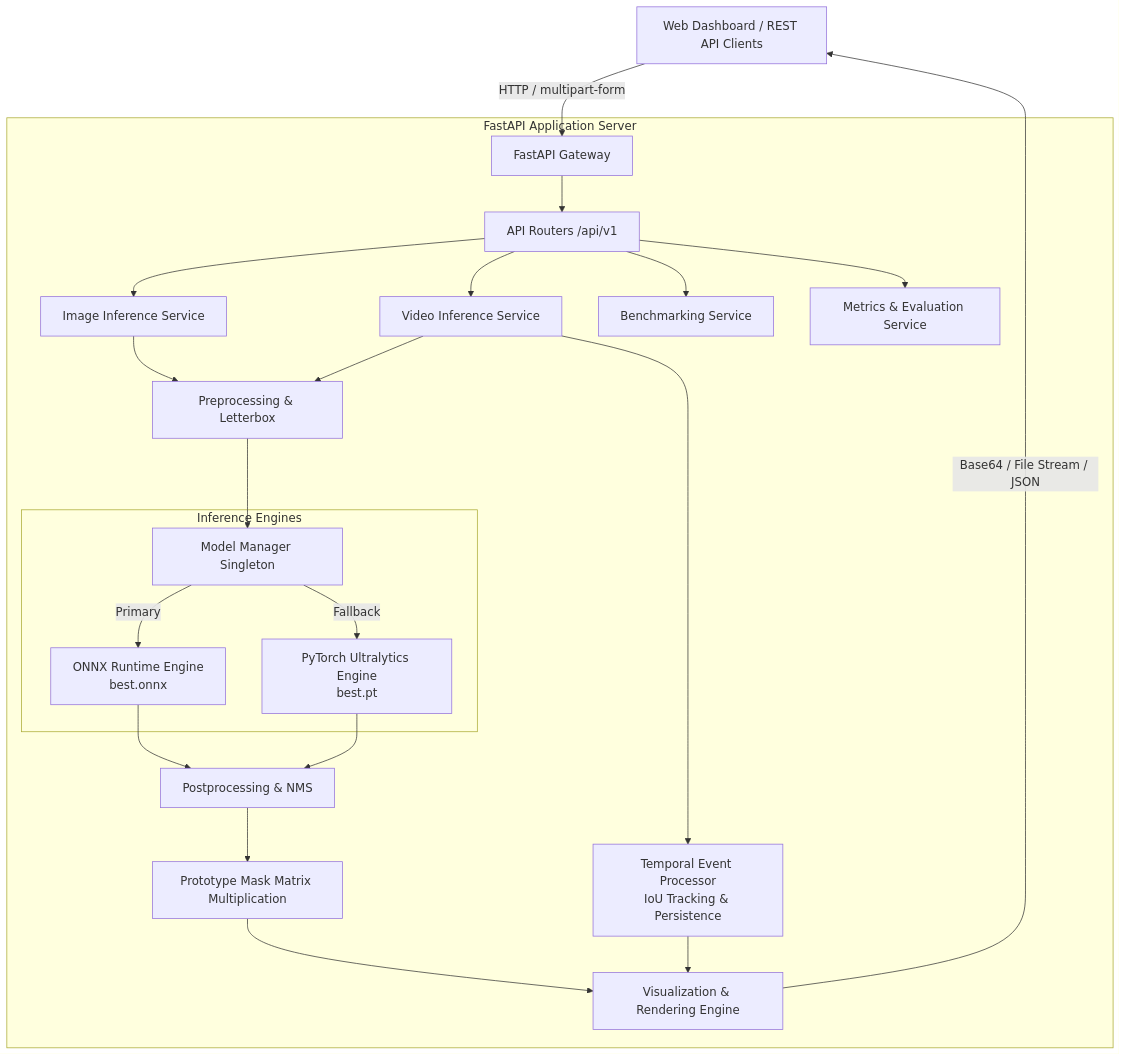
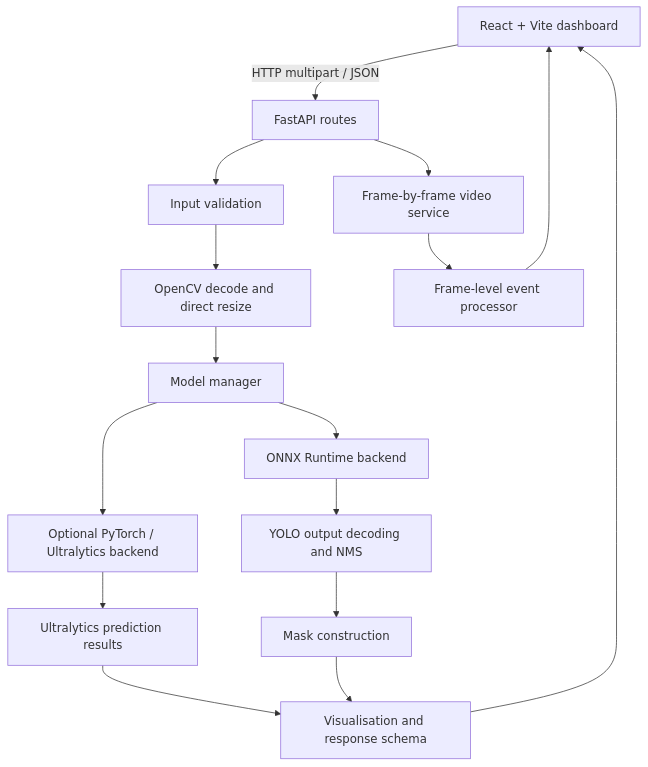
One commit to PARAG-TIWARI/RoadSight-AI changed the diagram in docs/architecture.md. Above: the diagram before and after it, drawn with Mermaid. The commit also changed other lines of this file and 6 other files, not shown here.

````diff
--- a/docs/architecture.md
+++ b/docs/architecture.md
@@ -18,33 +7,18 @@
 ```mermaid
-graph TD
-    Client[Web Dashboard / REST API Clients] -->|HTTP / multipart-form| API[FastAPI Gateway]
-    
-    subgraph "FastAPI Application Server"
-        API --> Routes[API Routers /api/v1]
-        Routes --> ImgServ[Image Inference Service]
-        Routes --> VidServ[Video Inference Service]
-        Routes --> BenchServ[Benchmarking Service]
-        Routes --> MetServ[Metrics & Evaluation Service]
-        
-        ImgServ --> Pre[Preprocessing & Letterbox]
-        VidServ --> Pre
-        
-        Pre --> Engine[Model Manager Singleton]
-        
-        subgraph "Inference Engines"
-            Engine -->|Primary| ONNX[ONNX Runtime Engine\nbest.onnx]
-            Engine -->|Fallback| PyTorch[PyTorch Ultralytics Engine\nbest.pt]
-        end
-        
-        ONNX --> Post[Postprocessing & NMS]
-        PyTorch --> Post
-        
-        Post --> Mask[Prototype Mask Matrix Multiplication]
-        Mask --> Vis[Visualization & Rendering Engine]
-        
-        VidServ --> Tracker[Temporal Event Processor\nIoU Tracking & Persistence]
-        Tracker --> Vis
-    end
-    
-    Vis -->|Base64 / File Stream / JSON| Client
+flowchart TD
+    Browser[React + Vite dashboard] -->|HTTP multipart / JSON| Routes[FastAPI routes]
+    Routes --> Validate[Input validation]
+    Validate --> Preprocess[OpenCV decode and direct resize]
+    Preprocess --> Manager[Model manager]
+    Manager --> ONNX[ONNX Runtime backend]
+    Manager --> Torch[Optional PyTorch / Ultralytics backend]
+    ONNX --> Decode[YOLO output decoding and NMS]
+    Decode --> Masks[Mask construction]
+    Torch --> Results[Ultralytics prediction results]
+    Results --> Visuals[Visualisation and response schema]
+    Masks --> Visuals
+    Visuals --> Browser
+    Routes --> Video[Frame-by-frame video service]
+    Video --> Events[Frame-level event processor]
+    Events --> Browser
 ```
````
